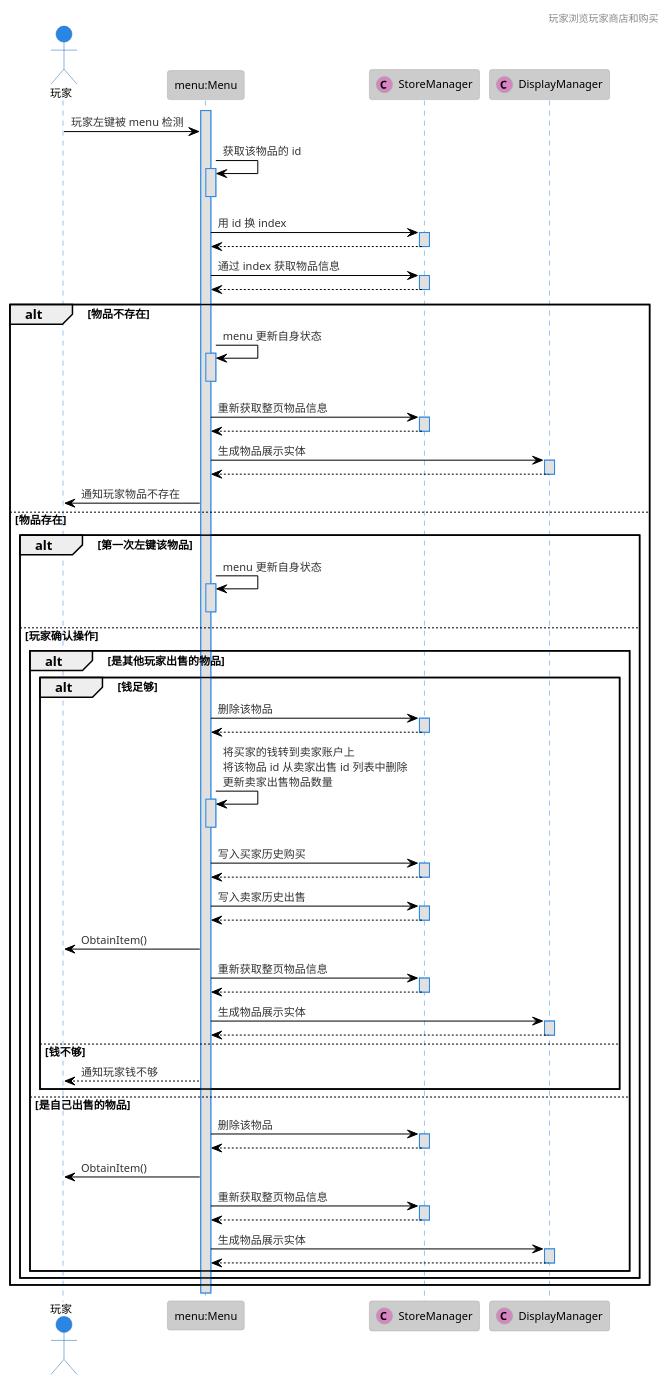
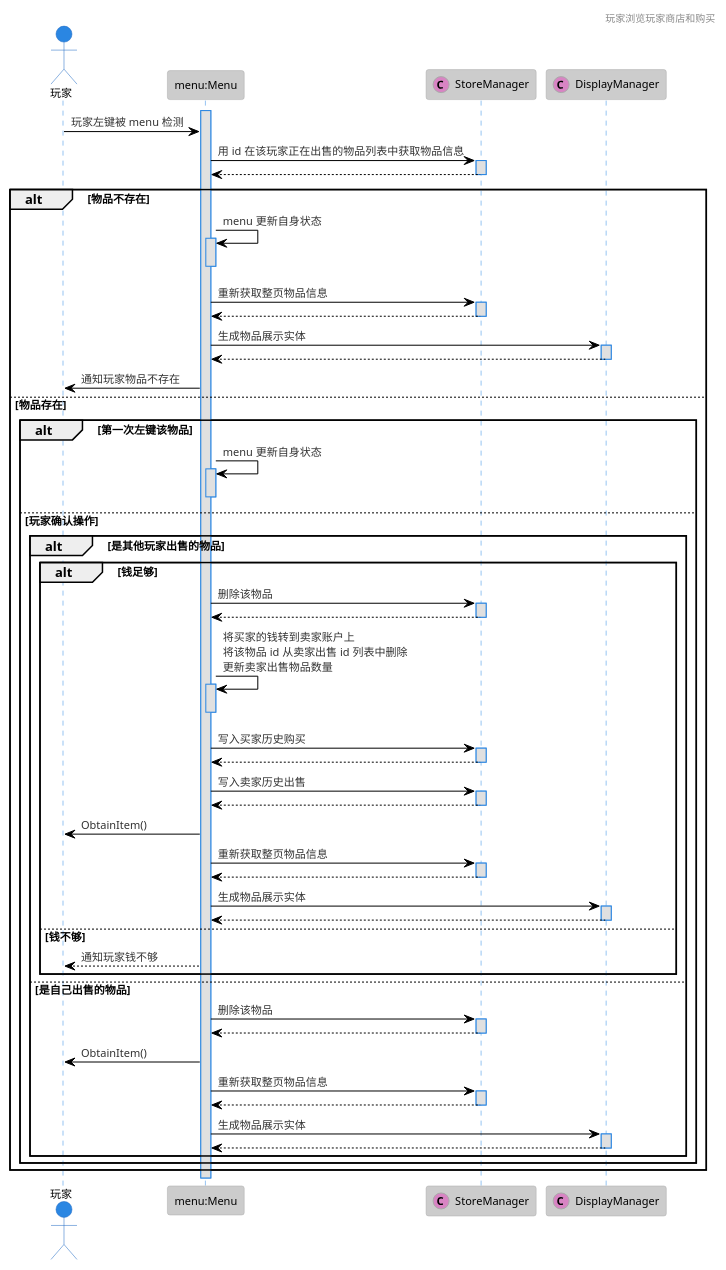
The diagram in doc/uml/sequence_diagram/player_view_player_shop_and_buy.plantuml (HeartingBe/GlobalShop_v3), drawn with PlantUML before and after one commit. The commit also changed 69 other files, not shown here.

Commit message:
【添加】 1. 玩家浏览玩家商店时，看向新的物品 和 左键物品时，检查物品是否存在，不存在时刷新； 2. 新增 adapter 支持服务器自定义金钱记分板； 3. Menu 实体每次处理时将申请临时世界实体。供物品展示实体重新切回 Menu 的环境； 4. DisplayManager 新增 UpdateWholePage 接口，更新整页物品展示实体 【修改】 1. 修改部分文件的目录位置； 2. 玩家看向空项时不再高亮空项； 3. 玩家看向新的物品 和 物品不存在时刷新等情况，都去掉高亮，待下一个处理周期再重新高亮； 【修复】无

```diff
--- a/doc/uml/sequence_diagram/player_view_player_shop_and_buy.plantuml
+++ b/doc/uml/sequence_diagram/player_view_player_shop_and_buy.plantuml
@@ -1,91 +1,85 @@
 @startuml sequence diagram
 !theme reddress-lightblue
 
 header 玩家浏览玩家商店和购买
 
 actor 玩家 as player
 participant "menu:Menu" as Menu
 participant StoreManager <<(C, #d884c3)>>
 participant DisplayManager <<(C, #d884c3)>>
 
 activate Menu
 
 player -> Menu : 玩家左键被 menu 检测
-Menu -> Menu : 获取该物品的 id
-activate Menu
-deactivate Menu
-Menu -> StoreManager : 用 id 换 index
-activate StoreManager
-Menu <-- StoreManager
 deactivate StoreManager
-Menu -> StoreManager : 通过 index 获取物品信息
+Menu -> StoreManager : 用 id 在该玩家正在出售的物品列表中获取物品信息
 activate StoreManager
 Menu <-- StoreManager
 deactivate StoreManager
 alt 物品不存在
    Menu -> Menu : menu 更新自身状态
    activate Menu
    deactivate Menu
    Menu -> StoreManager : 重新获取整页物品信息
    activate StoreManager
    Menu <-- StoreManager
    deactivate StoreManager
    Menu -> DisplayManager : 生成物品展示实体
    activate DisplayManager
    Menu <-- DisplayManager
    deactivate DisplayManager
    player <- Menu : 通知玩家物品不存在
 else 物品存在
    alt 第一次左键该物品
       Menu -> Menu : menu 更新自身状态
       activate Menu
       deactivate Menu
    else 玩家确认操作
       alt 是其他玩家出售的物品
          alt 钱足够
             Menu -> StoreManager : 删除该物品
             activate StoreManager
             Menu <-- StoreManager
             deactivate StoreManager
             Menu -> Menu : 将买家的钱转到卖家账户上\n将该物品 id 从卖家出售 id 列表中删除\n更新卖家出售物品数量
             activate Menu
             deactivate Menu
             Menu -> StoreManager : 写入买家历史购买
             activate StoreManager
             Menu <-- StoreManager
             deactivate StoreManager
             Menu -> StoreManager : 写入卖家历史出售
             activate StoreManager
             Menu <-- StoreManager
             deactivate StoreManager
             player <- Menu : ObtainItem()
             Menu -> StoreManager : 重新获取整页物品信息
             activate StoreManager
             Menu <-- StoreManager
             deactivate StoreManager
             Menu -> DisplayManager : 生成物品展示实体
             activate DisplayManager
             Menu <-- DisplayManager
             deactivate DisplayManager
          else 钱不够
             player <-- Menu : 通知玩家钱不够
          end
       else 是自己出售的物品
          Menu -> StoreManager : 删除该物品
          activate StoreManager
          Menu <-- StoreManager
          deactivate StoreManager
          player <- Menu : ObtainItem()
          Menu -> StoreManager : 重新获取整页物品信息
          activate StoreManager
          Menu <-- StoreManager
          deactivate StoreManager
          Menu -> DisplayManager : 生成物品展示实体
          activate DisplayManager
          Menu <-- DisplayManager
          deactivate DisplayManager
       end
    end
 end
 
 @enduml
```
